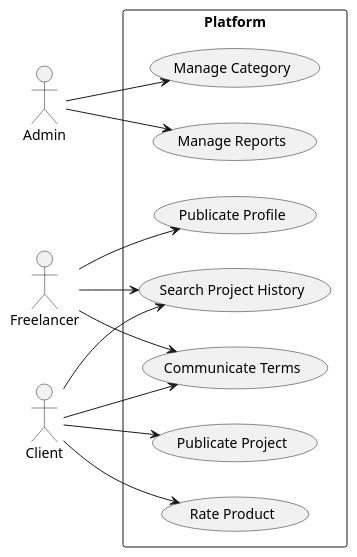
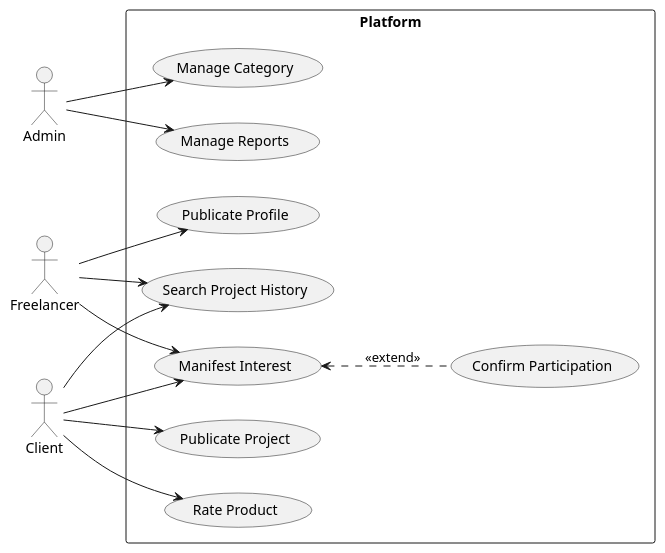
One commit to Pesagniya/privatevoid changed the diagram in docs/usecases.puml. Above: the diagram before and after it, drawn with PlantUML.

```diff
--- a/docs/usecases.puml
+++ b/docs/usecases.puml
@@ -1,32 +1,34 @@
 @startuml
 left to right direction
 skinparam packageStyle rectangle
 
 actor Admin as admin
 actor Freelancer as freelancer
 actor Client as client
 
 rectangle "Platform" {
     usecase "Manage Category" as manageCategory
     usecase "Manage Reports" as mediateDispute
     
     usecase "Publicate Profile" as publicateProfile
     usecase "Search Project History" as searchProjectHistory
-    usecase "Communicate Terms" as manifestInterest
-    
+    usecase "Manifest Interest" as manifestInterest
+    usecase "Confirm Participation" as confirmParticipation
     usecase "Publicate Project" as publicateProject
     usecase "Rate Product" as rateProduct
         
     admin --> manageCategory
     admin --> mediateDispute
     
     freelancer --> publicateProfile
     freelancer --> searchProjectHistory
     freelancer --> manifestInterest
-    
+
+    manifestInterest <.. confirmParticipation : <<extend>>
+   
     client --> searchProjectHistory
     client --> manifestInterest
     client --> publicateProject
     client --> rateProduct
 }
 @enduml
```
